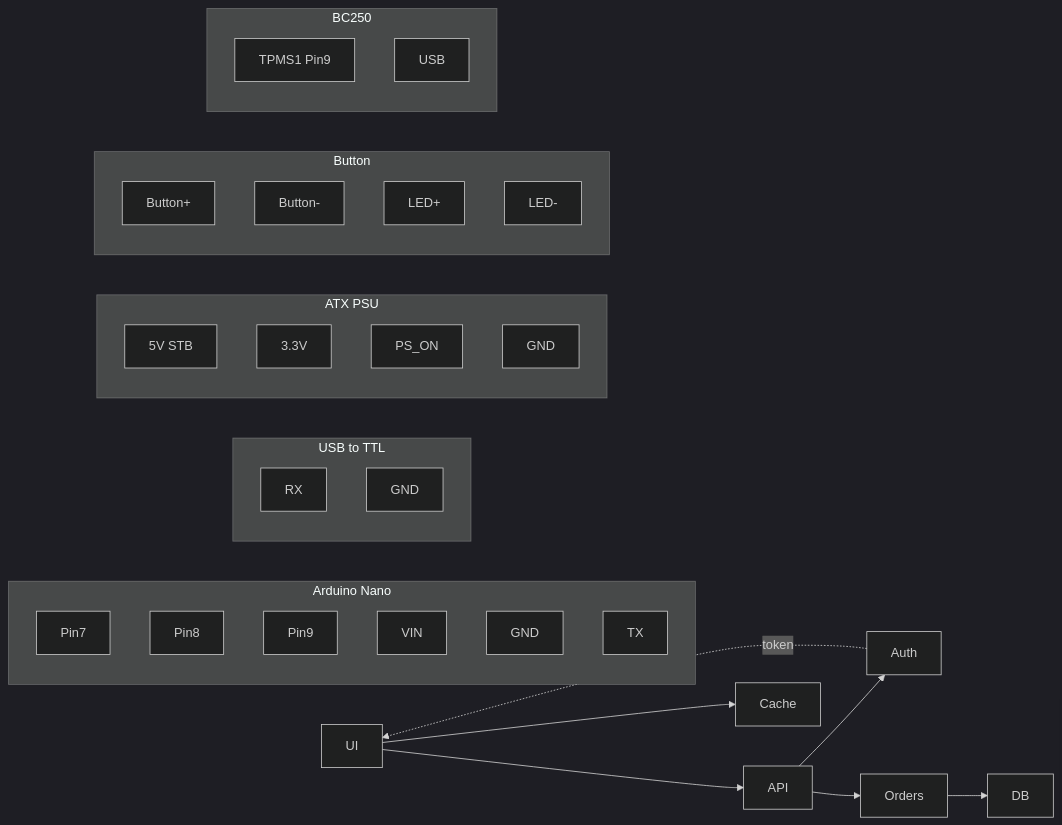
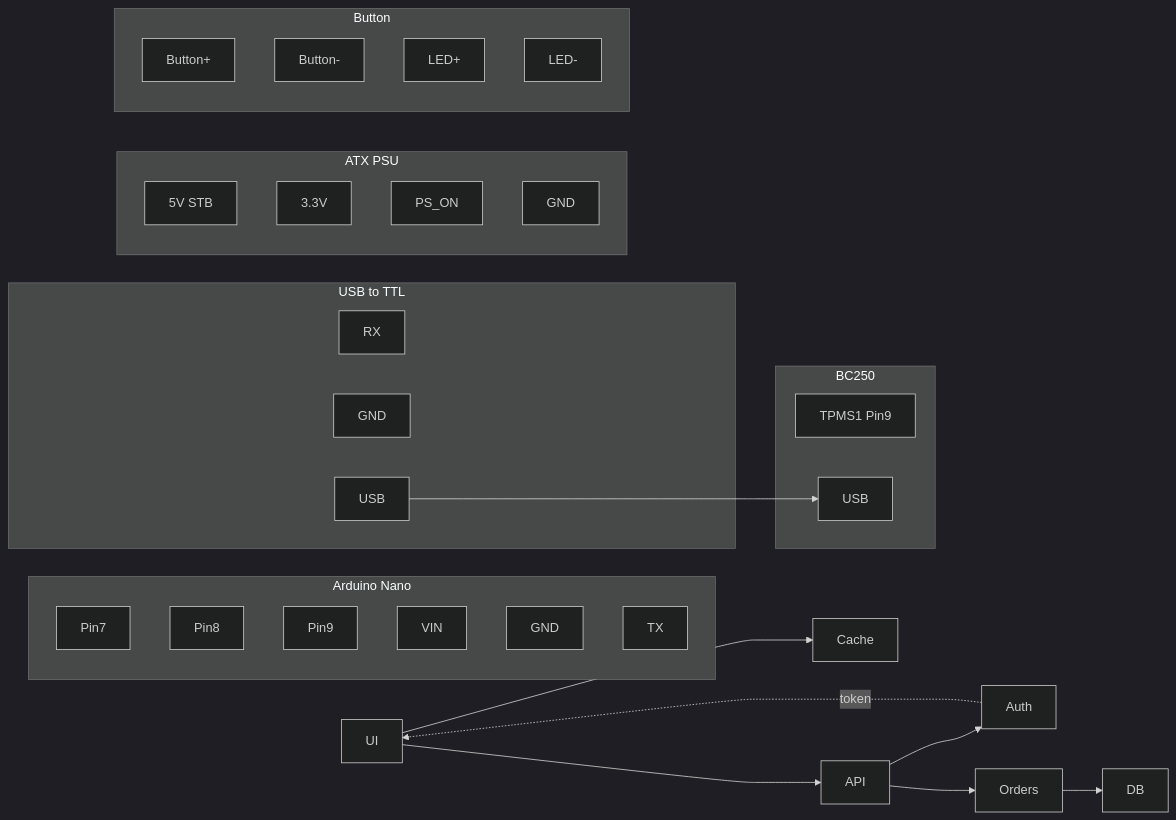
One commit to coolsolgit/BC250-ATX-PSU-Control changed the second of 2 diagrams in README.md. Above: the diagram before and after it, drawn with Mermaid (dark theme).

Commit message:
Rename USB node to BUSB in diagram

````diff
--- a/README.md
+++ b/README.md
@@ -55,37 +55,39 @@
 ```mermaid
 flowchart LR
   subgraph Arduino Nano
     P7[Pin7]
     P8[Pin8]
     P9[Pin9]
     VIN[VIN]
     AGND[GND]
     TX[TX]
   end
   subgraph USB to TTL
     RX[RX]
     UGND[GND]
+    UUSB[USB]
   end
   subgraph ATX PSU
     5V[5V STB]
     3.3V[3.3V]
     PS_ON[PS_ON]
     GND[GND]
   end
   subgraph Button
     BTN1[Button+]
     BTN2[Button-]
     LED1[LED+]
     LED2[LED-]
   end
   subgraph BC250
     TPMS[TPMS1 Pin9]
-    USB[USB]
+    BUSB[USB]
   end
+  UUSB --> BUSB
   UI --> API
   UI --> Cache
   API --> Auth
   API --> Orders
   Orders --> DB
   Auth -. token .-> UI
 ```
````
